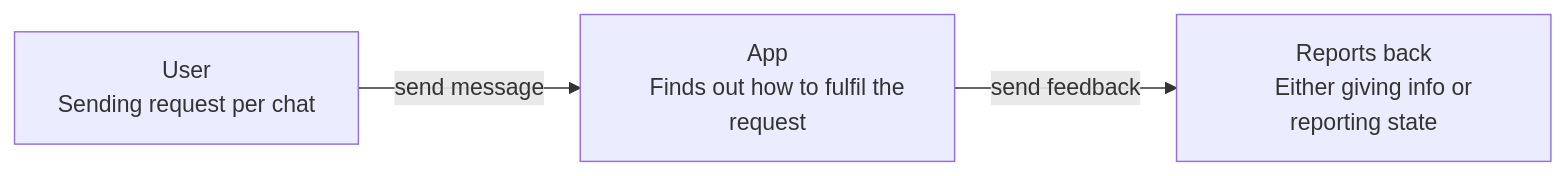
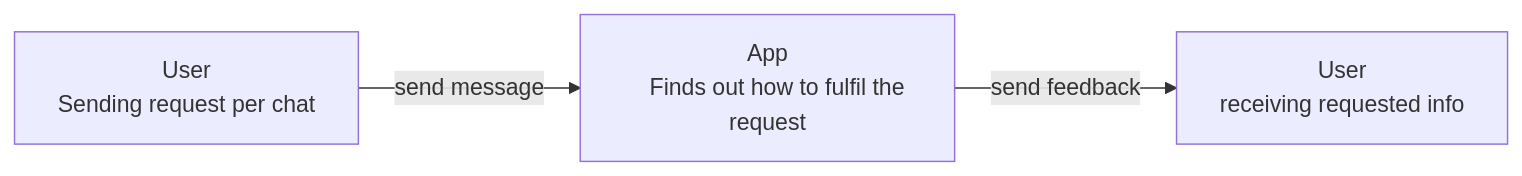
The first of 4 diagrams in ARCHITECTURE.md (corbeau-coder/tinker_ki_starter), drawn with Mermaid before and after one commit. The commit also changed other lines of this file and 9 other files, not shown here.

Commit message:
added work tracking and further architectural things

````diff
--- a/ARCHITECTURE.md
+++ b/ARCHITECTURE.md
@@ -8,13 +16,13 @@
 ```mermaid
 graph LR
     A["User
     Sending request per chat"]
     B["App
     Finds out how to fulfil the request
     "]
-    C["Reports back
-    Either giving info or reporting state"]
+    C["User
+    receiving requested info"]
     
     A -->|send message| B
     B -->|send feedback| C
 ```
````
